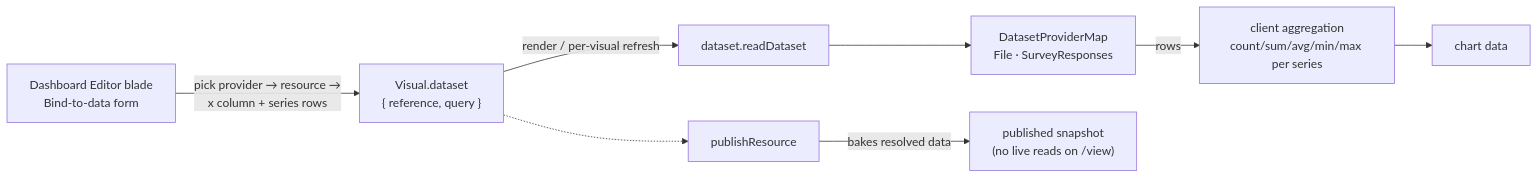
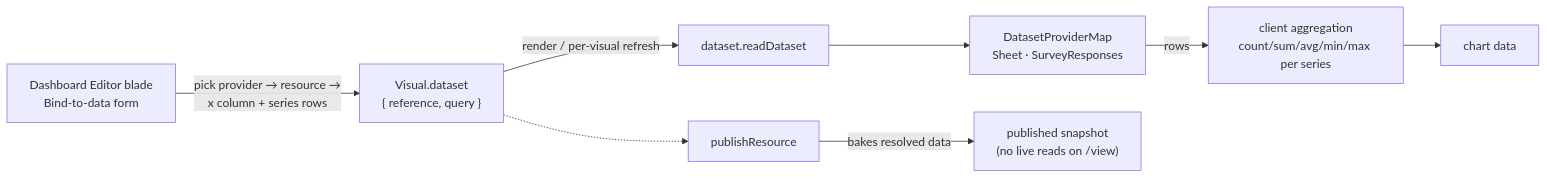
One commit to Esposter/Esposter changed the diagram in packages/app/content/docs/platform/dashboard-data-binding.md. Above: the diagram before and after it, drawn with Mermaid. The commit also changed other lines of this file and 31 other files, not shown here.

````diff
--- a/packages/app/content/docs/platform/dashboard-data-binding.md
+++ b/packages/app/content/docs/platform/dashboard-data-binding.md
@@ -12,10 +12,10 @@
 ```mermaid
 flowchart LR
   ED["Dashboard Editor blade<br/>Bind-to-data form"] -->|"pick provider → resource →<br/>x column + series rows"| VIS["Visual.dataset<br/>{ reference, query }"]
   VIS -->|render / per-visual refresh| READ["dataset.readDataset"]
-  READ --> PROV["DatasetProviderMap<br/>File · SurveyResponses"]
+  READ --> PROV["DatasetProviderMap<br/>Sheet · SurveyResponses"]
   PROV -->|rows| AGG["client aggregation<br/>count/sum/avg/min/max per series"]
   AGG --> CHART["chart data"]
   PUB["publishResource"] -->|bakes resolved data| SNAP["published snapshot<br/>(no live reads on /view)"]
   VIS -.-> PUB
 ```
````
